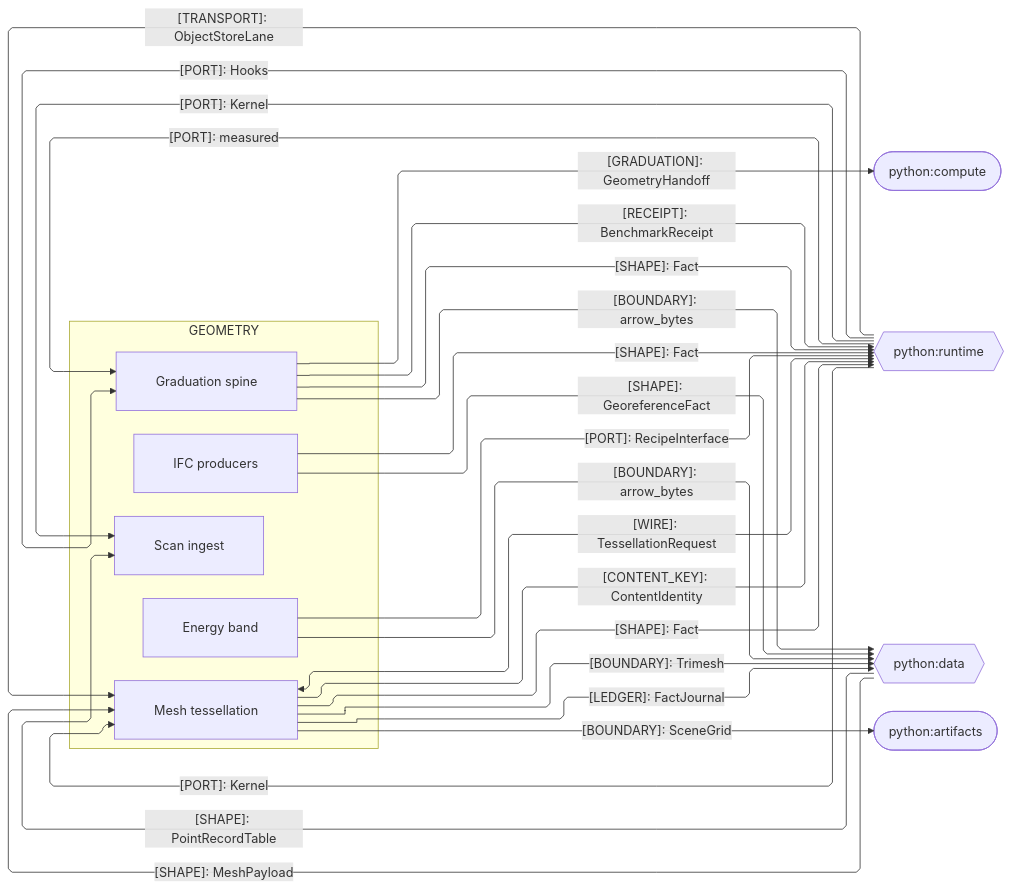
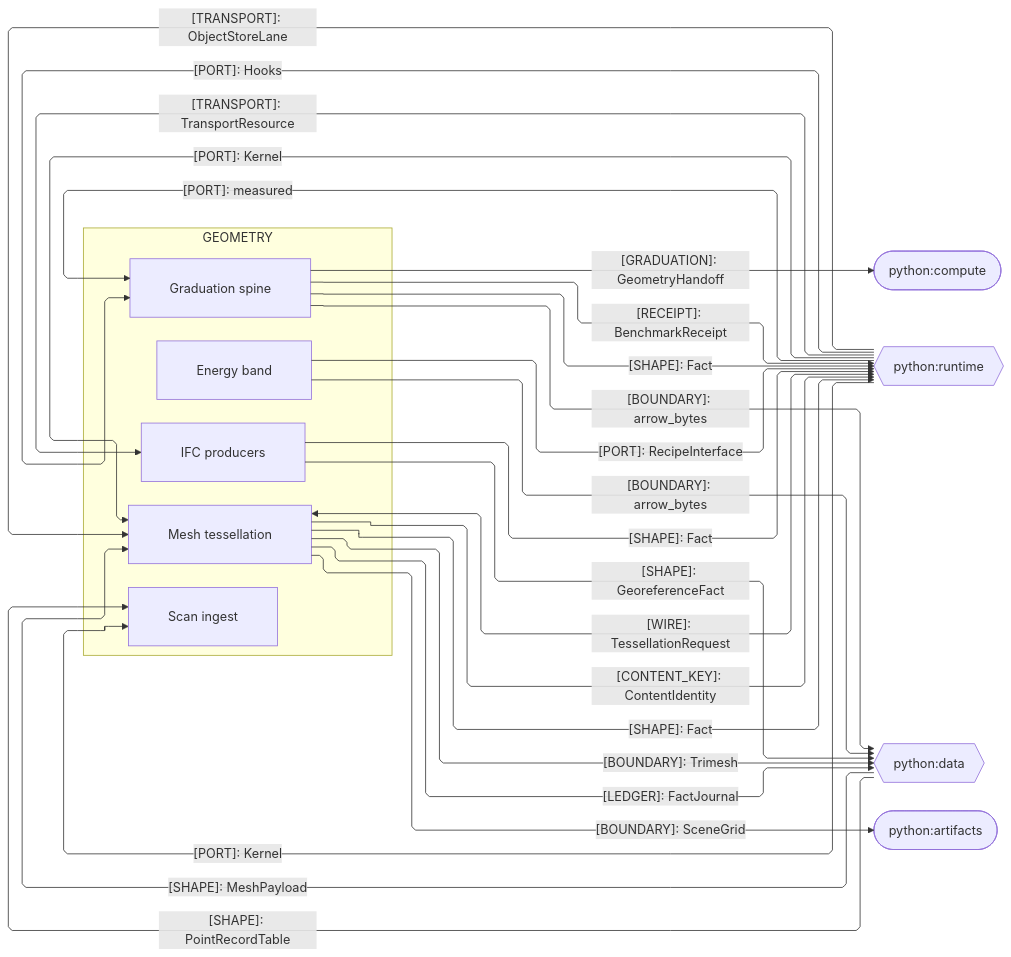
The third of 4 diagrams in libs/python/geometry/ARCHITECTURE.md (bsamiee/Rasm), drawn with Mermaid before and after one commit. The commit also changed other lines of this file and 272 other files, not shown here.

````diff
--- a/libs/python/geometry/ARCHITECTURE.md
+++ b/libs/python/geometry/ARCHITECTURE.md
@@ -121,44 +122,45 @@
 ```mermaid
 ---
 config:
   layout: elk
   flowchart:
     curve: linear
     padding: 25
 ---
 flowchart LR
     accTitle: Geometry Python sibling seams
     accDescr: Geometry sub-domain owners exchanging graduation receipts, payloads, ports, and kernel crossings with the Python siblings.
     subgraph geometry[GEOMETRY]
         Graduation[Graduation spine]
         Mesh[Mesh tessellation]
         Ifc[IFC producers]
         Scan[Scan ingest]
         Energy[Energy band]
     end
     Compute([python:compute])
     Runtime{{python:runtime}}
     Data{{python:data}}
     Artifacts([python:artifacts])
     Graduation e1@-->|"[GRADUATION]: GeometryHandoff"| Compute
     Graduation e2@-->|"[BOUNDARY]: arrow_bytes"| Data
     Mesh e3@<-->|"[WIRE]: TessellationRequest"| Runtime
     Mesh e4@-->|"[CONTENT_KEY]: ContentIdentity"| Runtime
     Data e5@-->|"[SHAPE]: MeshPayload"| Mesh
     Mesh e6@-->|"[BOUNDARY]: Trimesh"| Data
     Mesh e7@-->|"[BOUNDARY]: SceneGrid"| Artifacts
     Data e8@-->|"[SHAPE]: PointRecordTable"| Scan
     Energy e9@-->|"[PORT]: RecipeInterface"| Runtime
     Energy e10@-->|"[BOUNDARY]: arrow_bytes"| Data
     Graduation e11@-->|"[RECEIPT]: BenchmarkReceipt"| Runtime
     Runtime e12@-->|"[TRANSPORT]: ObjectStoreLane"| Mesh
     Mesh e13@-->|"[LEDGER]: FactJournal"| Data
     Graduation e14@-->|"[SHAPE]: Fact"| Runtime
     Ifc e15@-->|"[SHAPE]: GeoreferenceFact"| Data
     Ifc e16@-->|"[SHAPE]: Fact"| Runtime
     Mesh e17@-->|"[SHAPE]: Fact"| Runtime
     Runtime e18@-->|"[PORT]: Kernel"| Mesh
     Runtime e19@-->|"[PORT]: Kernel"| Scan
     Runtime e20@-->|"[PORT]: measured"| Graduation
     Runtime e21@-->|"[PORT]: Hooks"| Graduation
+    Runtime e22@-->|"[TRANSPORT]: TransportResource"| Ifc
 ```
````
